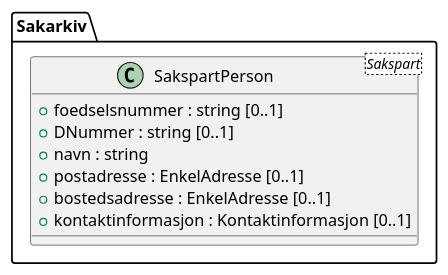
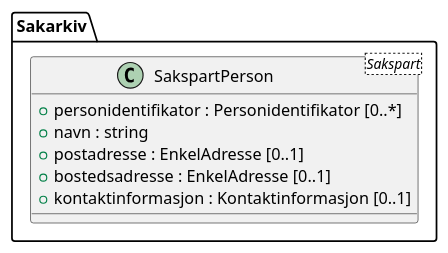
One commit to arkivverket/noark5-tjenestegrensesnitt-standard changed the diagram in kapitler/media/uml-class-sakspartperson.iuml. Above: the diagram before and after it, drawn with PlantUML. The commit also changed 14 other files, not shown here.

```diff
--- a/kapitler/media/uml-class-sakspartperson.iuml
+++ b/kapitler/media/uml-class-sakspartperson.iuml
@@ -1,10 +1,9 @@
 @startuml
 class Sakarkiv.SakspartPerson <Sakspart> {
-  +foedselsnummer : string [0..1]
-  +DNummer : string [0..1]
+  +personidentifikator : Personidentifikator [0..*]
   +navn : string
   +postadresse : EnkelAdresse [0..1]
   +bostedsadresse : EnkelAdresse [0..1]
   +kontaktinformasjon : Kontaktinformasjon [0..1]
 }
 @enduml
```
